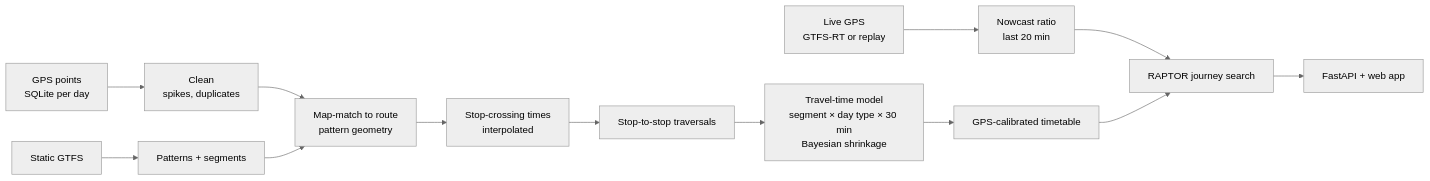
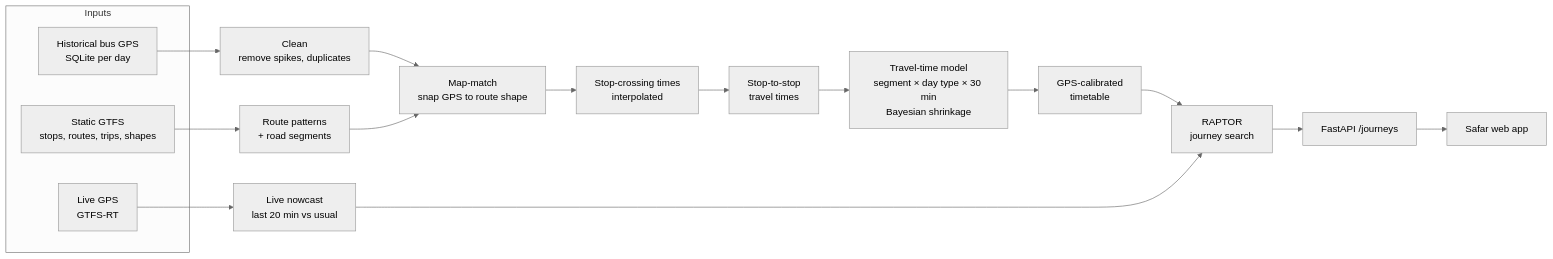
Before and after one commit to madhesh935/safar-delhi-bus: the diagram in README.md, drawn with Mermaid (neutral theme). The commit also changed other lines of this file and 2 other files, not shown here.

````diff
--- a/README.md
+++ b/README.md
@@ -60,15 +38,21 @@
 ```mermaid
 flowchart LR
-  A[GPS points<br/>SQLite per day] --> B[Clean<br/>spikes, duplicates]
-  B --> C[Map-match to route<br/>pattern geometry]
+  subgraph Inputs
+    A[Historical bus GPS<br/>SQLite per day]
+    G[Static GTFS<br/>stops, routes, trips, shapes]
+    R[Live GPS<br/>GTFS-RT]
+  end
+  A --> B[Clean<br/>remove spikes, duplicates]
+  B --> C[Map-match<br/>snap GPS to route shape]
+  G --> P[Route patterns<br/>+ road segments]
+  P --> C
   C --> D[Stop-crossing times<br/>interpolated]
-  D --> E[Stop-to-stop traversals]
-  G[Static GTFS] --> P[Patterns + segments]
-  P --> C
+  D --> E[Stop-to-stop<br/>travel times]
   E --> M[Travel-time model<br/>segment × day type × 30 min<br/>Bayesian shrinkage]
-  M --> T[GPS-calibrated timetable]
-  R[Live GPS<br/>GTFS-RT or replay] --> N[Nowcast ratio<br/>last 20 min]
+  M --> T[GPS-calibrated<br/>timetable]
+  R --> N[Live nowcast<br/>last 20 min vs usual]
+  T --> J[RAPTOR<br/>journey search]
   N --> J
-  T --> J[RAPTOR journey search]
-  J --> API[FastAPI + web app]
+  J --> API[FastAPI /journeys]
+  API --> UI[Safar web app]
 ```
````
